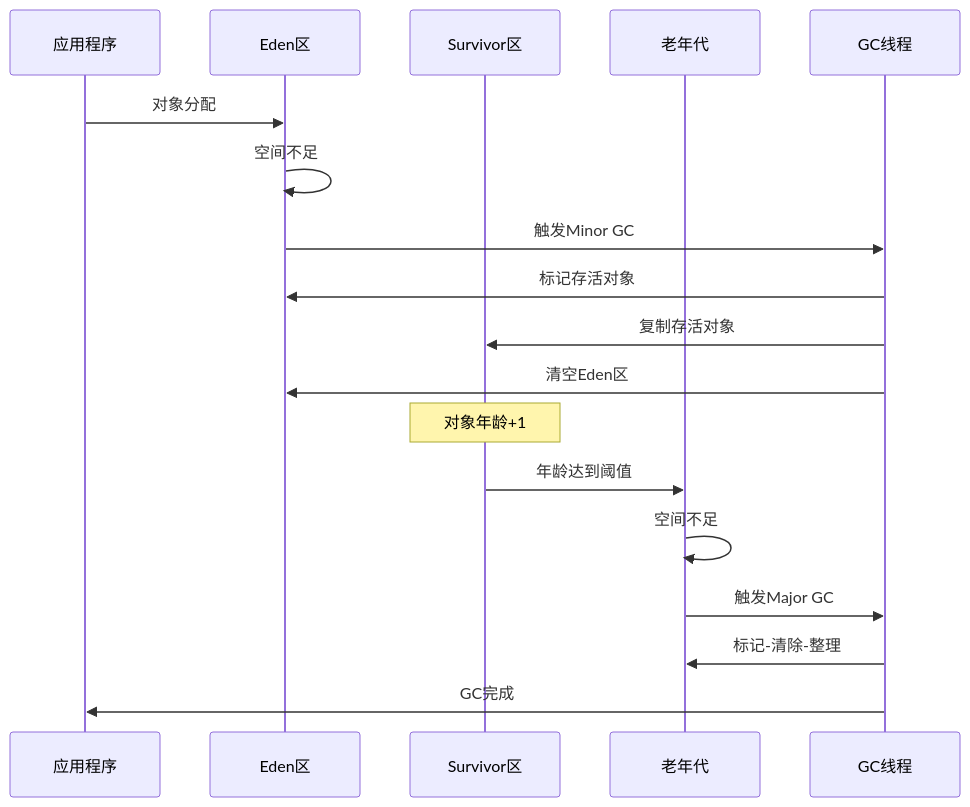
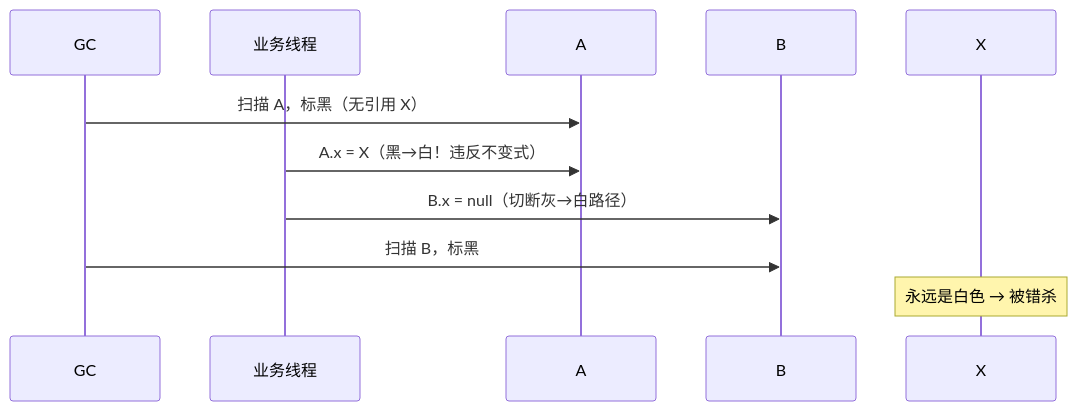
One commit to chongyang211/YCBookBlog changed the fifth of 9 diagrams in 00.通用技术的提升/02.程序编程原理/04.第4卷-内存的真相/33.内存回收机制设计.md. Above: the diagram before and after it, drawn with Mermaid. The commit also changed other lines of this file and 1 other file, not shown here.

````diff
--- a/00.通用技术的提升/02.程序编程原理/04.第4卷-内存的真相/33.内存回收机制设计.md
+++ b/00.通用技术的提升/02.程序编程原理/04.第4卷-内存的真相/33.内存回收机制设计.md
@@ -452,25 +496,14 @@
 ```mermaid
 sequenceDiagram
-    participant App as 应用程序
-    participant Eden as Eden区
-    participant Survivor as Survivor区
-    participant Old as 老年代
-    participant GC as GC线程
+    participant GC
+    participant App as 业务线程
+    participant A
+    participant B
+    participant X
     
-    App->>Eden: 对象分配
-    Eden->>Eden: 空间不足
-    Eden->>GC: 触发Minor GC
-    
-    GC->>Eden: 标记存活对象
-    GC->>Survivor: 复制存活对象
-    GC->>Eden: 清空Eden区
-    
-    Note over Survivor: 对象年龄+1
-    
-    Survivor->>Old: 年龄达到阈值
-    Old->>Old: 空间不足
-    Old->>GC: 触发Major GC
-    
-    GC->>Old: 标记-清除-整理
-    GC->>App: GC完成
+    GC->>A: 扫描 A，标黑（无引用 X）
+    App->>A: A.x = X（黑→白！违反不变式）
+    App->>B: B.x = null（切断灰→白路径）
+    GC->>B: 扫描 B，标黑
+    Note over X: 永远是白色 → 被错杀
 ```
````
